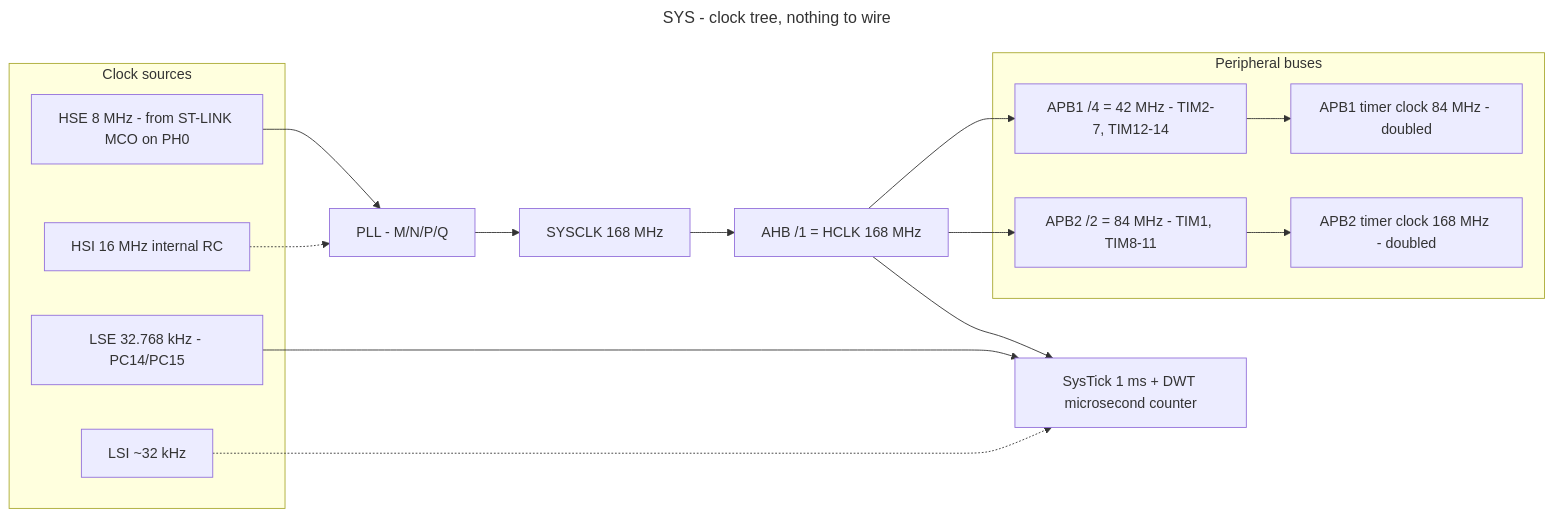
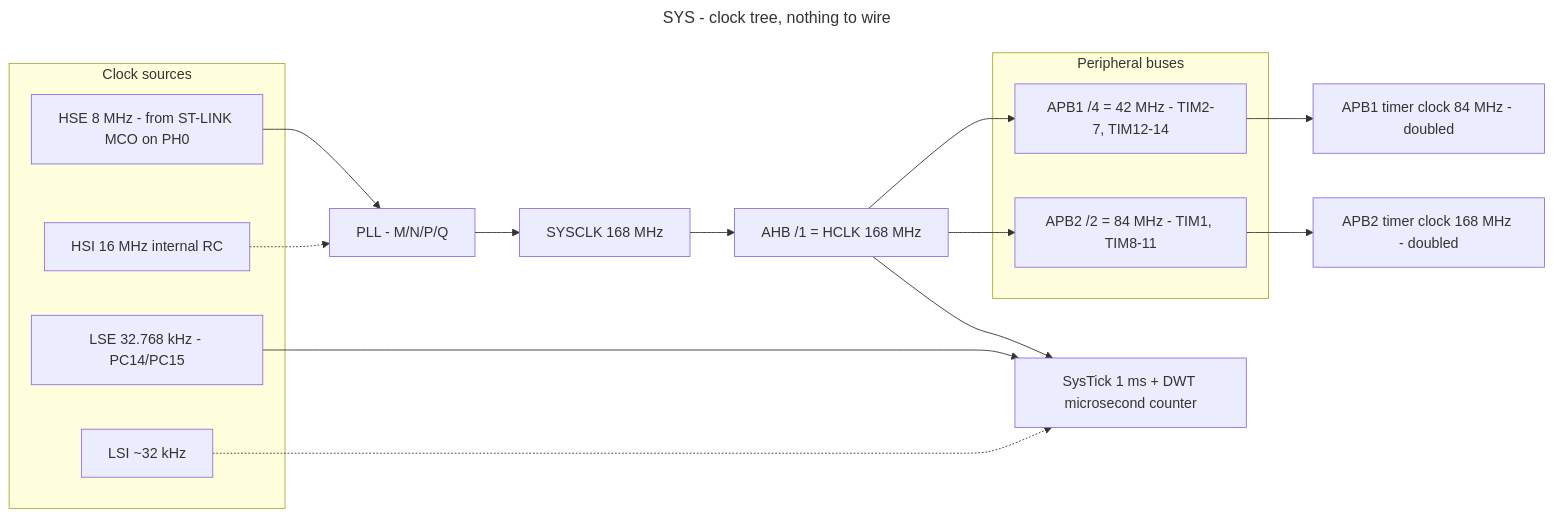
Before and after one commit to Ekpenyong-Esu/BareMetalMCU2: the diagram in Sensor_Cons/Peripherals/SYS/sys_wiring.mmd, drawn with Mermaid. The commit also changed 13 other files, not shown here.

```diff
--- a/Sensor_Cons/Peripherals/SYS/sys_wiring.mmd
+++ b/Sensor_Cons/Peripherals/SYS/sys_wiring.mmd
@@ -1,41 +1,42 @@
 ---
 title: SYS - clock tree, nothing to wire
 ---
 %% ON-CHIP ONLY. The 8 MHz source and the 32.768 kHz crystal are already on
 %% the board; PH0/PH1 and PC14/PC15 carry them.
 %% On the DISC1 the 8 MHz comes from the ST-LINK MCO, not a discrete crystal.
 %% 168 MHz is the ceiling for this part; APB1 is limited to 42 MHz and APB2
 %% to 84 MHz, which is why the timer clocks end up doubled.
 %% That doubling is what TIM_Clock_GetHz accounts for.
 flowchart LR
     subgraph SRC["Clock sources"]
         HSE["HSE 8 MHz - from ST-LINK MCO on PH0"]
         HSI["HSI 16 MHz internal RC"]
         LSE["LSE 32.768 kHz - PC14/PC15"]
         LSI["LSI ~32 kHz"]
     end
 
     PLL["PLL - M/N/P/Q"]
     SYSCLK["SYSCLK 168 MHz"]
     AHB["AHB /1 = HCLK 168 MHz"]
 
     subgraph APB["Peripheral buses"]
         APB1["APB1 /4 = 42 MHz - TIM2-7, TIM12-14"]
         APB2["APB2 /2 = 84 MHz - TIM1, TIM8-11"]
-        T1["APB1 timer clock 84 MHz - doubled"]
-        T2["APB2 timer clock 168 MHz - doubled"]
     end
+
+    T1["APB1 timer clock 84 MHz - doubled"]
+    T2["APB2 timer clock 168 MHz - doubled"]
 
     TICK["SysTick 1 ms + DWT microsecond counter"]
 
     HSE --> PLL
     HSI -.-> PLL
     PLL --> SYSCLK
     SYSCLK --> AHB
     AHB --> APB1
     AHB --> APB2
     APB1 --> T1
     APB2 --> T2
     AHB --> TICK
     LSE --> TICK
     LSI -.-> TICK
```
